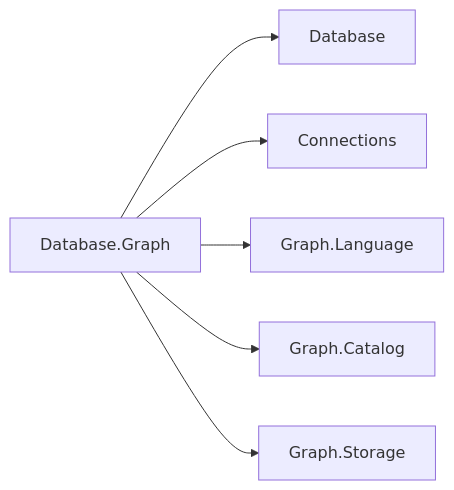
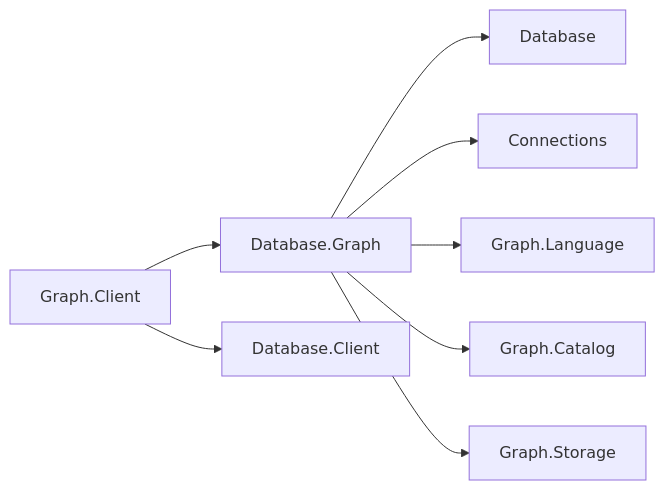
The first of 4 diagrams in docs/dotnet-apis/resources/database/assimalign-cohesion-database-graph/design.md (assimalign/cohesion-docs), drawn with Mermaid before and after one commit. The commit also changed other lines of this file and 194 other files, not shown here.

````diff
--- a/docs/dotnet-apis/resources/database/assimalign-cohesion-database-graph/design.md
+++ b/docs/dotnet-apis/resources/database/assimalign-cohesion-database-graph/design.md
@@ -35,8 +36,10 @@
 ```mermaid
 flowchart LR
     Engine["Database.Graph"] --> Root["Database"]
     Engine --> Connections["Connections"]
     Engine --> Language["Graph.Language"]
     Engine --> Catalog["Graph.Catalog"]
     Engine --> Storage["Graph.Storage"]
+    Client["Graph.Client"] --> Engine
+    Client --> SharedClient["Database.Client"]
 ```
````
